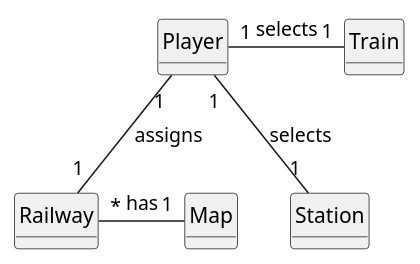
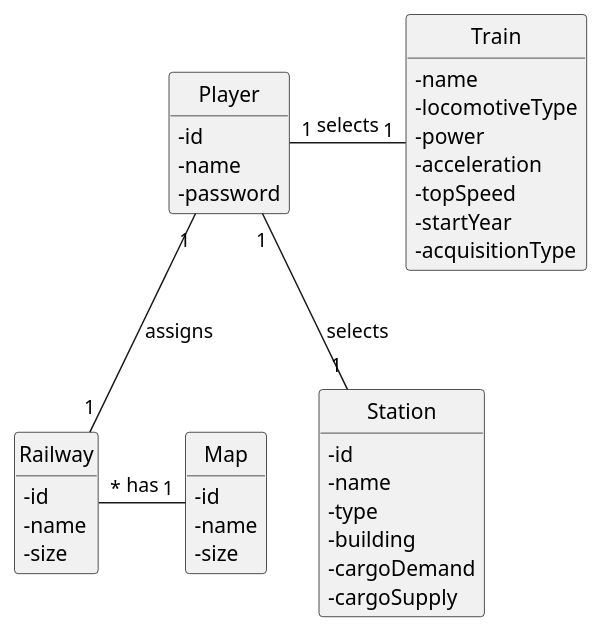
The diagram in docs/sprint1/us010/02.analysis/puml/us010-domain-model.puml (ivasduarte/all-aboard), drawn with PlantUML before and after one commit. The commit also changed 1 other file, not shown here.

```diff
--- a/docs/sprint1/us010/02.analysis/puml/us010-domain-model.puml
+++ b/docs/sprint1/us010/02.analysis/puml/us010-domain-model.puml
@@ -1,35 +1,57 @@
 @startuml
 skinparam monochrome true
 skinparam packageStyle rectangle
 skinparam shadowing false
 
 'left to right direction
 
 skinparam classAttributeIconSize 0
 
 hide circle
 hide methods
 
 'title Domain Model
 
 class Map {
+    - id
+    - name
+    - size
 }
 
 class Railway{
+    - id
+    - name
+    - size
 }
 
 class Train{
+    - name
+    - locomotiveType
+    - power
+    - acceleration
+    - topSpeed
+    - startYear
+    - acquisitionType
 }
 
 class Station {
+    - id
+    - name
+    - type
+    - building
+    - cargoDemand
+    - cargoSupply
 }
 
 class Player {
+    - id
+    - name
+    - password
 }
 
 Player "1" - "1" Train : selects
 Player "1" -- "1" Station : selects
 
 Map "1" - "*" Railway : has
 Player "1" -- "1" Railway : assigns
 @enduml
```
